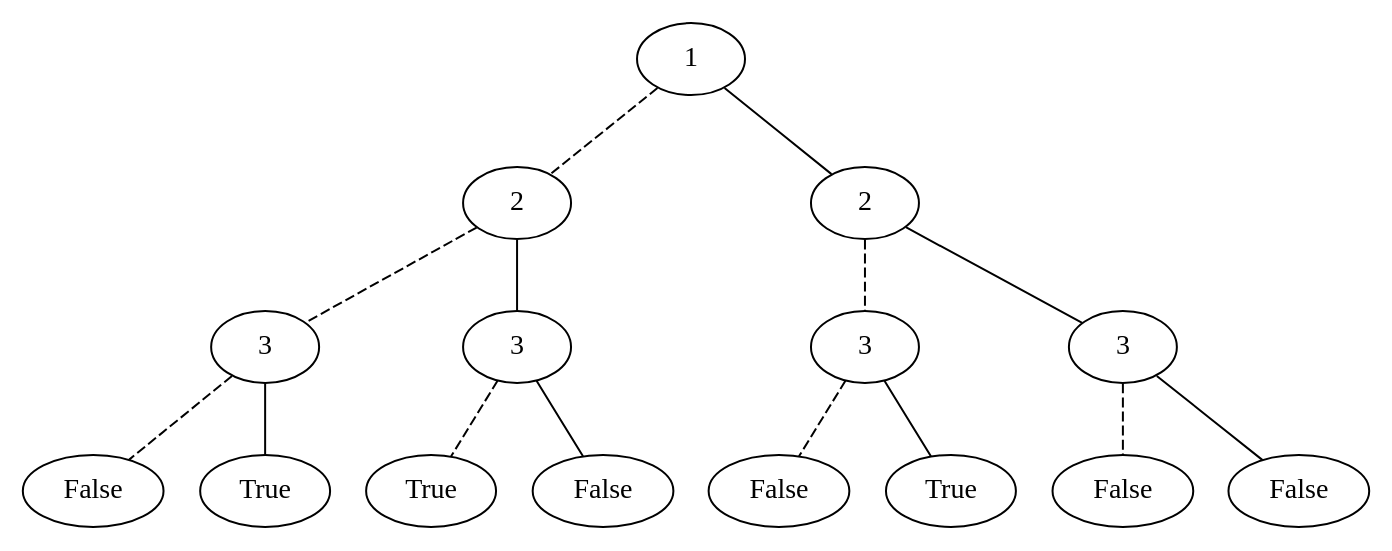
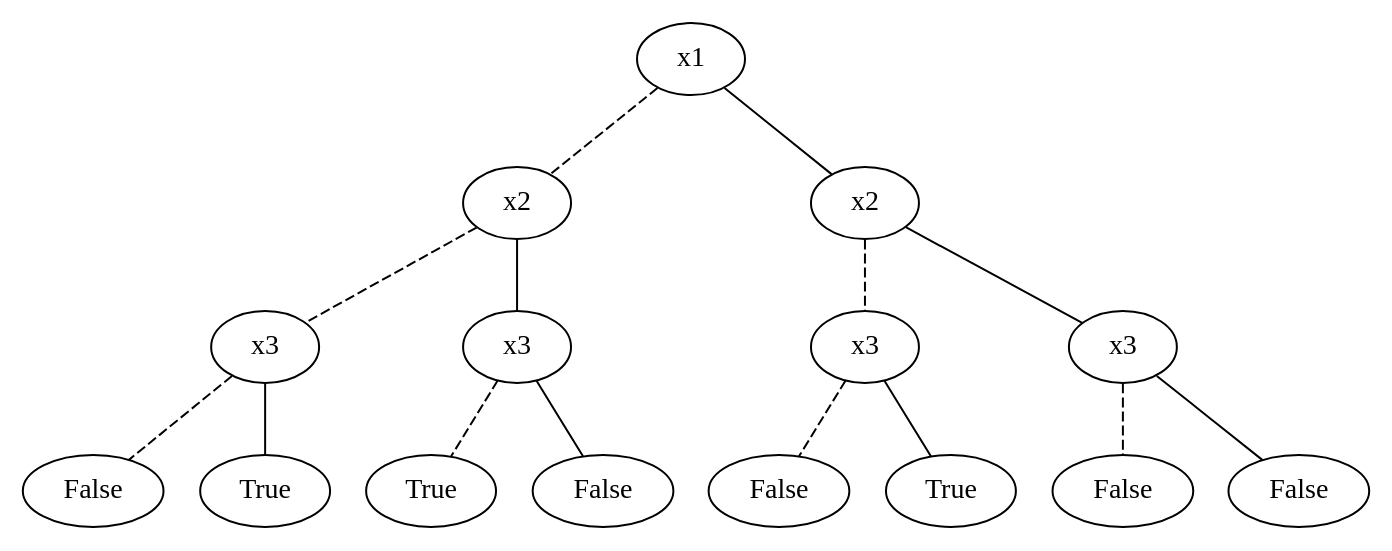
The diagram in graph_image/decision_tree_1.gv (khiem2105/ROBDD), drawn with Graphviz before and after one commit. The commit also changed 32 other files, not shown here.

```diff
--- a/graph_image/decision_tree_1.gv
+++ b/graph_image/decision_tree_1.gv
@@ -1,31 +1,31 @@
 graph decision_tree_1 {
-	140569657053632 [label=1]
-	140569657054736 [label=2]
-	140569657053632 -- 140569657054736 [style=dashed]
-	140569657054400 [label=3]
-	140569657054736 -- 140569657054400 [style=dashed]
-	140569657056560 [label=False]
-	140569657054400 -- 140569657056560 [style=dashed]
-	140569657056128 [label=True]
-	140569657054400 -- 140569657056128
-	140569657054304 [label=3]
-	140569657054736 -- 140569657054304
-	140569657055792 [label=True]
-	140569657054304 -- 140569657055792 [style=dashed]
-	140569657053968 [label=False]
-	140569657054304 -- 140569657053968
-	140569657056416 [label=2]
-	140569657053632 -- 140569657056416
-	140569657055024 [label=3]
-	140569657056416 -- 140569657055024 [style=dashed]
-	140569657053776 [label=False]
-	140569657055024 -- 140569657053776 [style=dashed]
-	140569657055408 [label=True]
-	140569657055024 -- 140569657055408
-	140569657053872 [label=3]
-	140569657056416 -- 140569657053872
-	140569657055936 [label=False]
-	140569657053872 -- 140569657055936 [style=dashed]
-	140569657053680 [label=False]
-	140569657053872 -- 140569657053680
+	140331402510544 [label=x1]
+	140331952191952 [label=x2]
+	140331402510544 -- 140331952191952 [style=dashed]
+	140331952192288 [label=x3]
+	140331952191952 -- 140331952192288 [style=dashed]
+	140331952190320 [label=False]
+	140331952192288 -- 140331952190320 [style=dashed]
+	140331952190848 [label=True]
+	140331952192288 -- 140331952190848
+	140331952193104 [label=x3]
+	140331952191952 -- 140331952193104
+	140331952191856 [label=True]
+	140331952193104 -- 140331952191856 [style=dashed]
+	140331952192528 [label=False]
+	140331952193104 -- 140331952192528
+	140331952193152 [label=x2]
+	140331402510544 -- 140331952193152
+	140331952191568 [label=x3]
+	140331952193152 -- 140331952191568 [style=dashed]
+	140331952192576 [label=False]
+	140331952191568 -- 140331952192576 [style=dashed]
+	140331952189600 [label=True]
+	140331952191568 -- 140331952189600
+	140331952192384 [label=x3]
+	140331952193152 -- 140331952192384
+	140331952191088 [label=False]
+	140331952192384 -- 140331952191088 [style=dashed]
+	140331952192192 [label=False]
+	140331952192384 -- 140331952192192
 }
```
